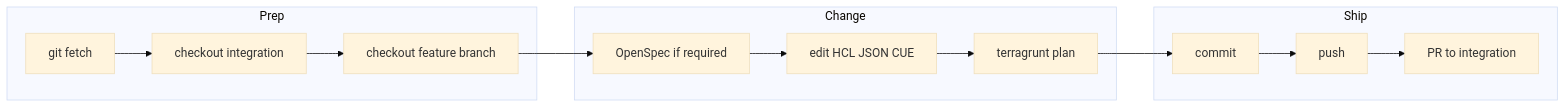
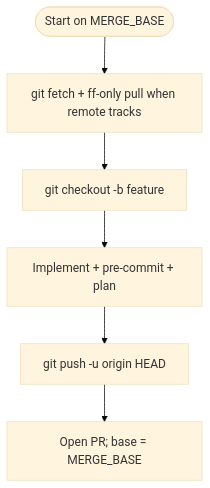
One commit to kuberly/kuberly-skills changed the diagram in .apm/skills/infra-change-git-pr-workflow/SKILL.md. Above: the diagram before and after it, drawn with Mermaid (base theme). The commit also changed other lines of this file and 6 other files, not shown here.

First line of the commit message:
skills: merge current-branch-feature-pr into infra-change-git-pr-workflow; de-internalize apm-skills-bootstrap

````diff
--- a/.apm/skills/infra-change-git-pr-workflow/SKILL.md
+++ b/.apm/skills/infra-change-git-pr-workflow/SKILL.md
@@ -88,19 +126,10 @@
 ```mermaid
-flowchart LR
-  subgraph prep [Prep]
-    Fetch[git fetch]
-    Base[checkout integration]
-    Branch[checkout feature branch]
-  end
-  subgraph chg [Change]
-    Spec[OpenSpec if required]
-    Code[edit HCL JSON CUE]
-    Plan[terragrunt plan]
-  end
-  subgraph ship [Ship]
-    CommitNode[commit]
-    PushNode[push]
-    PrNode[PR to integration]
-  end
-  Fetch --> Base --> Branch --> Spec --> Code --> Plan --> CommitNode --> PushNode --> PrNode
+flowchart TD
+  start([Start on MERGE_BASE])
+  fetch[git fetch + ff-only pull when remote tracks]
+  branch[git checkout -b feature]
+  work[Implement + pre-commit + plan]
+  push[git push -u origin HEAD]
+  pr[Open PR; base = MERGE_BASE]
+  start --> fetch --> branch --> work --> push --> pr
 ```
````
